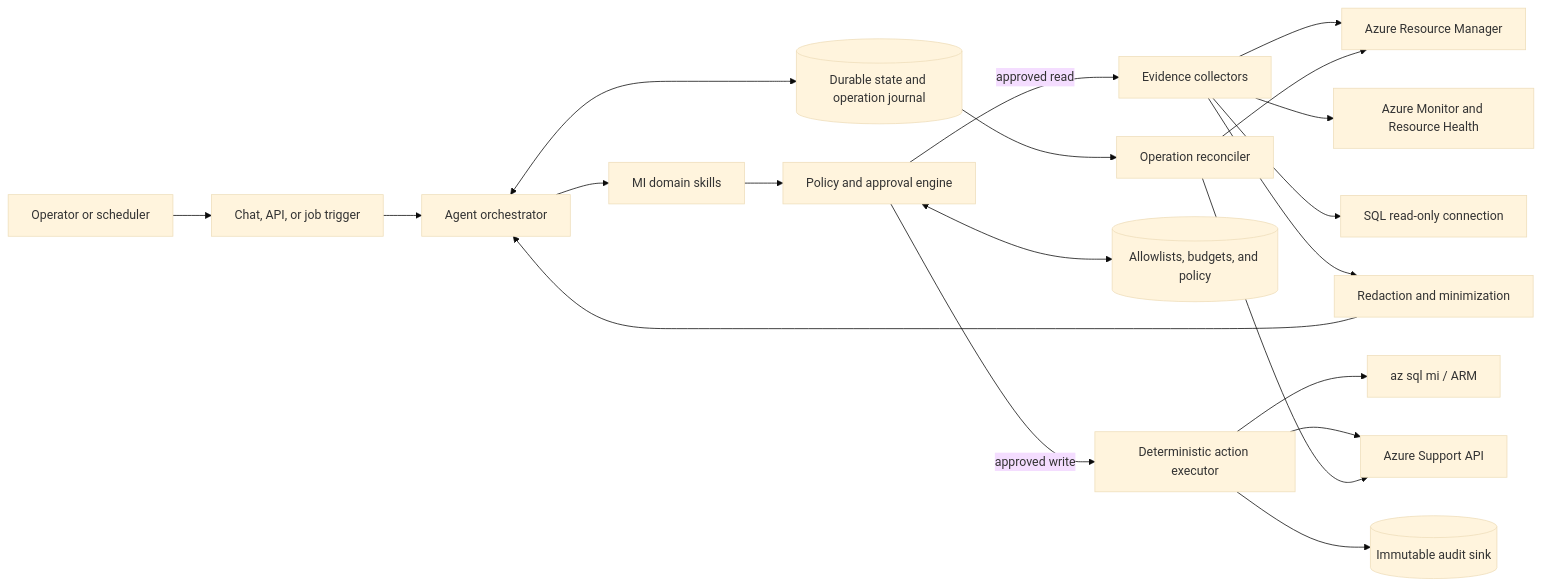
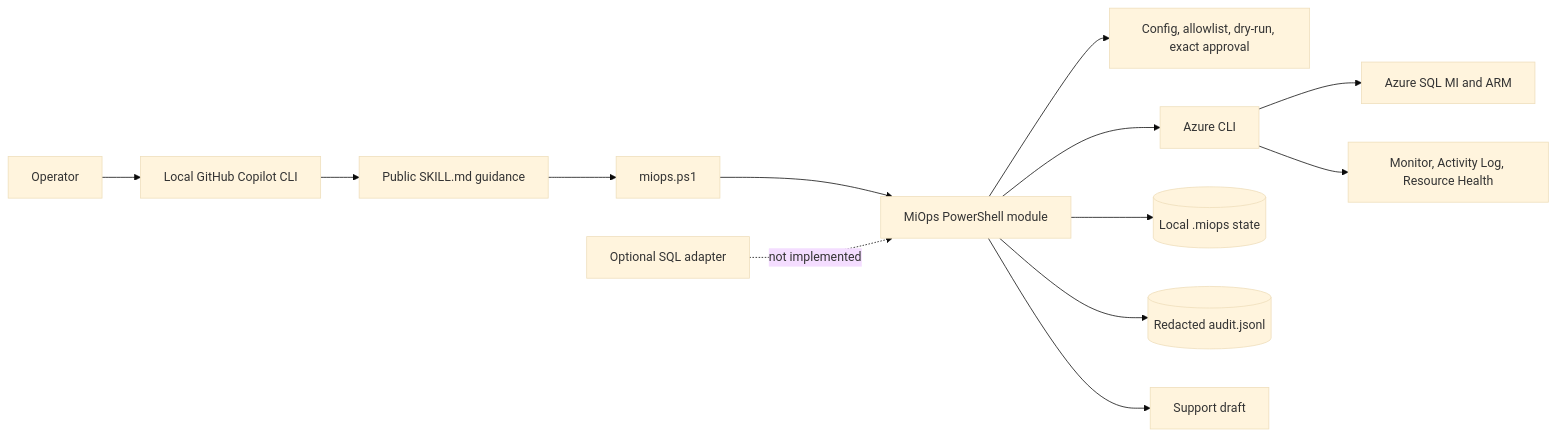
One commit to lduanmsft/azure-sqlops changed the first of 2 diagrams in docs/architecture.md. Above: the diagram before and after it, drawn with Mermaid (base theme). The commit also changed other lines of this file and 15 other files, not shown here.

````diff
--- a/docs/architecture.md
+++ b/docs/architecture.md
@@ -15,25 +7,15 @@
 ```mermaid
 flowchart LR
-    Operator[Operator or scheduler] --> Channel[Chat, API, or job trigger]
-    Channel --> Orchestrator[Agent orchestrator]
-    Orchestrator --> Skills[MI domain skills]
-    Skills --> Policy[Policy and approval engine]
-    Policy -->|approved read| Evidence[Evidence collectors]
-    Policy -->|approved write| Executor[Deterministic action executor]
-
-    Evidence --> ARM[Azure Resource Manager]
-    Evidence --> Monitor[Azure Monitor and Resource Health]
-    Evidence --> SQL[SQL read-only connection]
-
-    Executor --> CLI[az sql mi / ARM]
-    Executor --> Support[Azure Support API]
-
-    Orchestrator <--> State[(Durable state and operation journal)]
-    Policy <--> Config[(Allowlists, budgets, and policy)]
-    Evidence --> Redaction[Redaction and minimization]
-    Executor --> Audit[(Immutable audit sink)]
-    Redaction --> Orchestrator
-    State --> Reconciler[Operation reconciler]
-    Reconciler --> ARM
-    Reconciler --> Support
+    Operator[Operator] --> Copilot[Local GitHub Copilot CLI]
+    Copilot --> Skills[Public SKILL.md guidance]
+    Skills --> Script[miops.ps1]
+    Script --> Module[MiOps PowerShell module]
+    Module --> Policy[Config, allowlist, dry-run, exact approval]
+    Module --> Az[Azure CLI]
+    Az --> ARM[Azure SQL MI and ARM]
+    Az --> Monitor[Monitor, Activity Log, Resource Health]
+    Module --> State[(Local .miops state)]
+    Module --> Audit[(Redacted audit.jsonl)]
+    Module --> Draft[Support draft]
+    SQL[Optional SQL adapter] -. not implemented .-> Module
 ```
````
